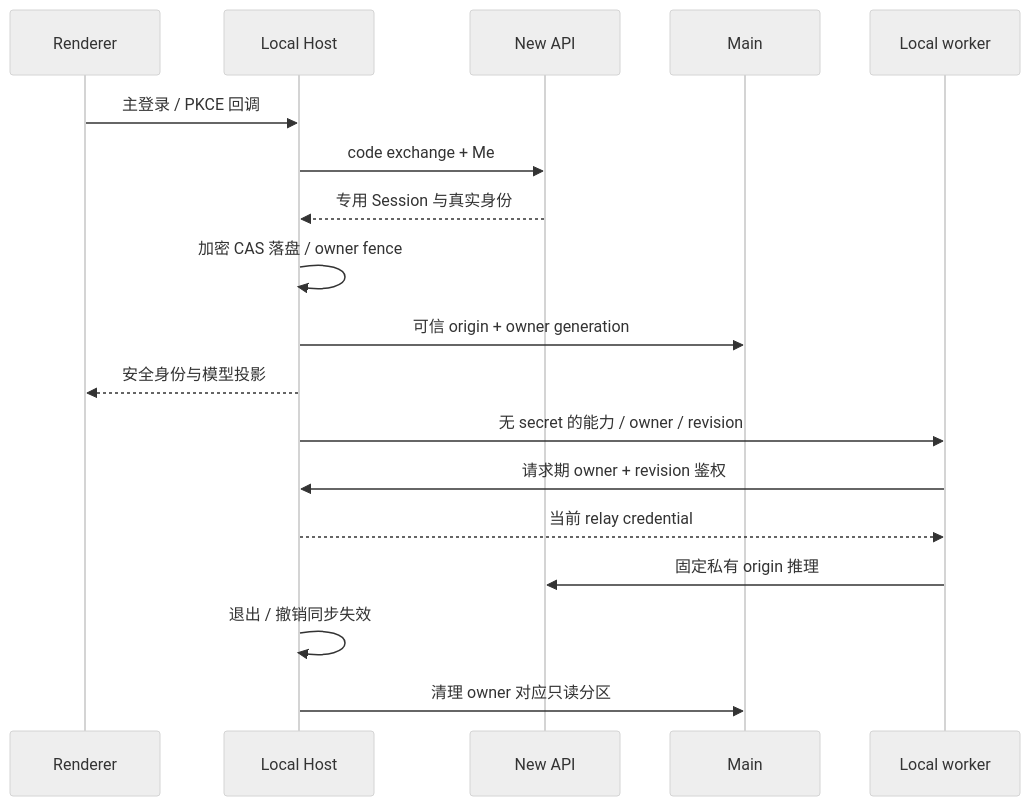
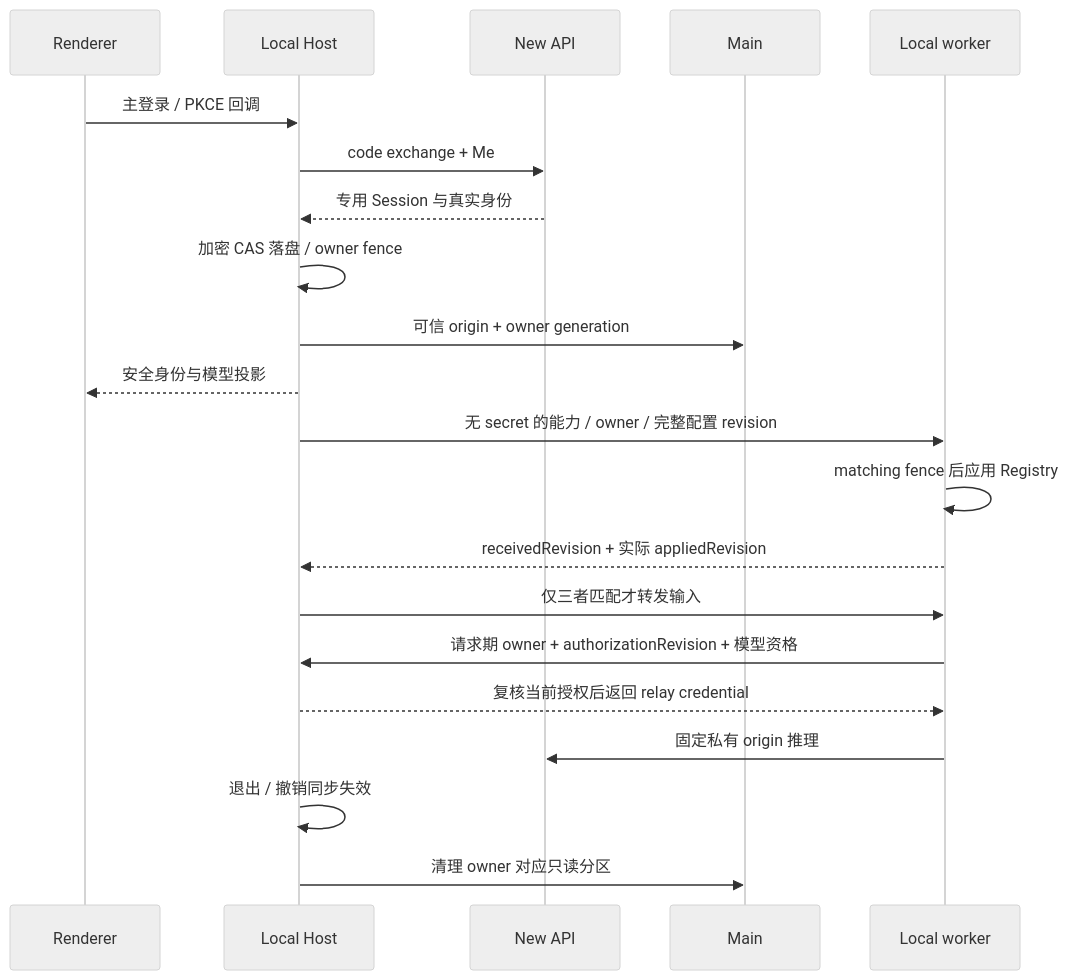
Before and after one commit to 978655242/XCode: the diagram in docs/xcode/new-api-integration-runbook.md, drawn with Mermaid (neutral theme). The commit also changed other lines of this file and 23 other files, not shown here.

````diff
--- a/docs/xcode/new-api-integration-runbook.md
+++ b/docs/xcode/new-api-integration-runbook.md
@@ -31,20 +31,23 @@
 ```mermaid
 sequenceDiagram
   participant UI as Renderer
   participant H as Local Host
   participant N as New API
   participant M as Main
   participant W as Local worker
   UI->>H: 主登录 / PKCE 回调
   H->>N: code exchange + Me
   N-->>H: 专用 Session 与真实身份
   H->>H: 加密 CAS 落盘 / owner fence
   H->>M: 可信 origin + owner generation
   H-->>UI: 安全身份与模型投影
-  H->>W: 无 secret 的能力 / owner / revision
-  W->>H: 请求期 owner + revision 鉴权
-  H-->>W: 当前 relay credential
+  H->>W: 无 secret 的能力 / owner / 完整配置 revision
+  W->>W: matching fence 后应用 Registry
+  W-->>H: receivedRevision + 实际 appliedRevision
+  H->>W: 仅三者匹配才转发输入
+  W->>H: 请求期 owner + authorizationRevision + 模型资格
+  H-->>W: 复核当前授权后返回 relay credential
   W->>N: 固定私有 origin 推理
   H->>H: 退出 / 撤销同步失效
   H->>M: 清理 owner 对应只读分区
 ```
````
